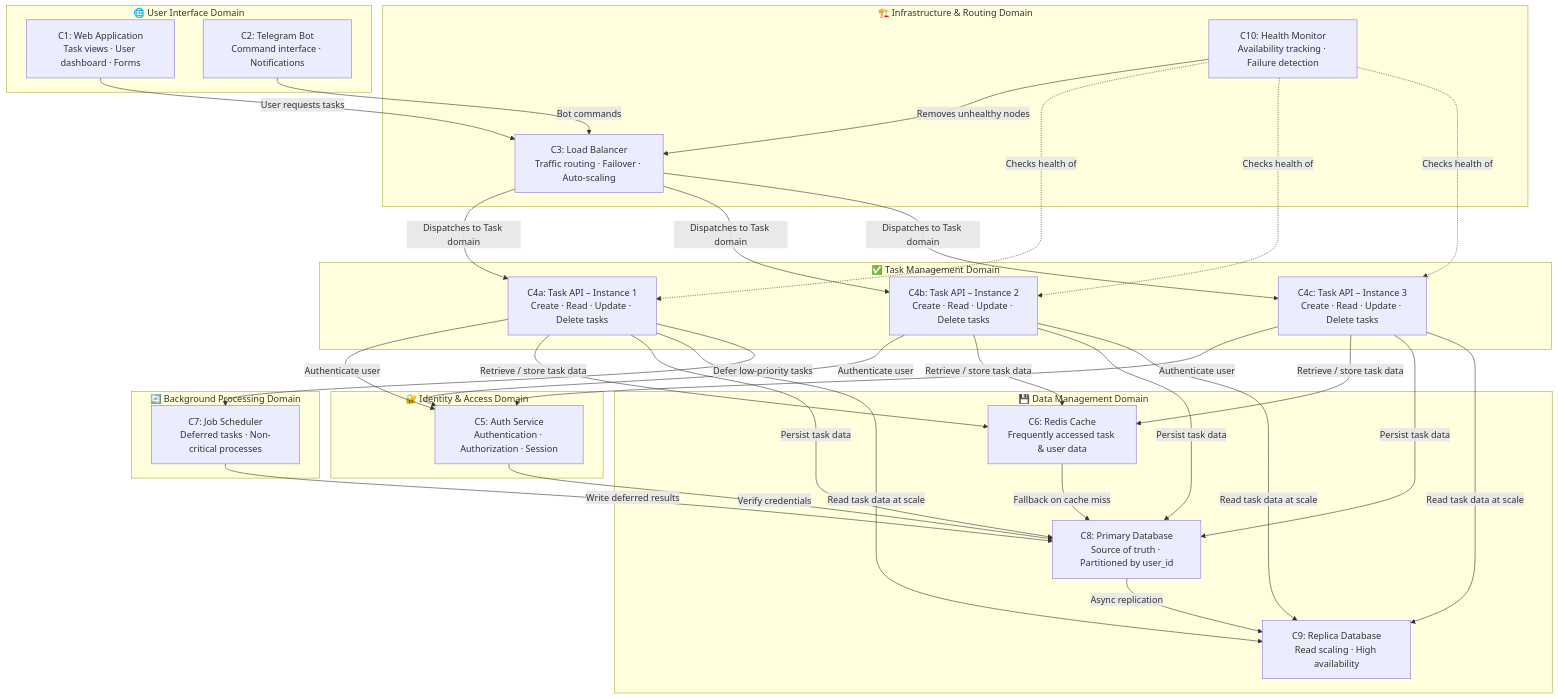
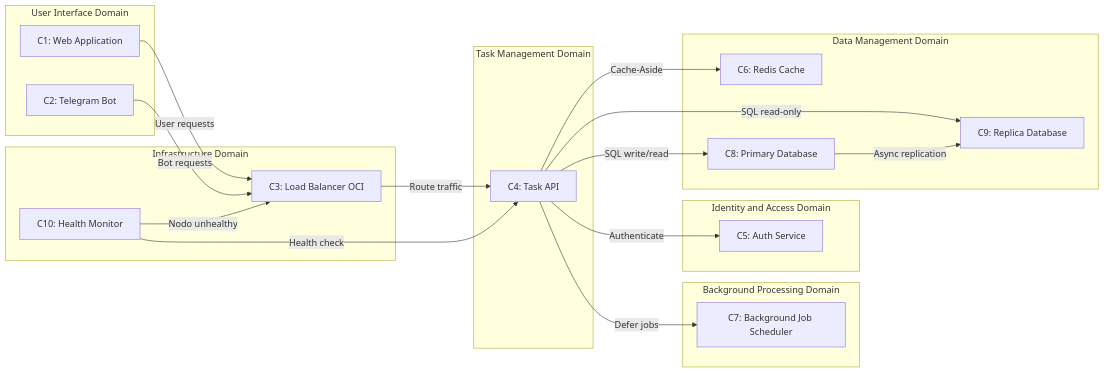
One commit to A01741619/skills-introduction-to-github changed the third of 3 diagrams in README.md. Above: the diagram before and after it, drawn with Mermaid. The commit also changed other lines of this file, not shown here.

````diff
--- a/README.md
+++ b/README.md
@@ -189,65 +163,42 @@
 ```mermaid
-graph TB
-    subgraph UI_DOMAIN ["🌐 User Interface Domain"]
-        C1[C1: Web Application\nTask views · User dashboard · Forms]
-        C2[C2: Telegram Bot\nCommand interface · Notifications]
+graph LR
+    subgraph UI["User Interface Domain"]
+        C1[C1: Web Application]
+        C2[C2: Telegram Bot]
     end
 
-    subgraph INFRA_DOMAIN ["🏗️ Infrastructure & Routing Domain"]
-        C3[C3: Load Balancer\nTraffic routing · Failover · Auto-scaling]
-        C10[C10: Health Monitor\nAvailability tracking · Failure detection]
+    subgraph INFRA["Infrastructure Domain"]
+        C3[C3: Load Balancer OCI]
+        C10[C10: Health Monitor]
     end
 
-    subgraph TASK_DOMAIN ["✅ Task Management Domain"]
-        C4A[C4a: Task API – Instance 1\nCreate · Read · Update · Delete tasks]
-        C4B[C4b: Task API – Instance 2\nCreate · Read · Update · Delete tasks]
-        C4C[C4c: Task API – Instance 3\nCreate · Read · Update · Delete tasks]
+    subgraph TASK["Task Management Domain"]
+        C4[C4: Task API]
     end
 
-    subgraph AUTH_DOMAIN ["🔐 Identity & Access Domain"]
-        C5[C5: Auth Service\nAuthentication · Authorization · Session]
+    subgraph BG["Background Processing Domain"]
+        C7[C7: Background Job Scheduler]
     end
 
-    subgraph DATA_DOMAIN ["💾 Data Management Domain"]
-        C6[C6: Redis Cache\nFrequently accessed task & user data]
-        C8[C8: Primary Database\nSource of truth · Partitioned by user_id]
-        C9[C9: Replica Database\nRead scaling · High availability]
+    subgraph IAM["Identity and Access Domain"]
+        C5[C5: Auth Service]
     end
 
-    subgraph BG_DOMAIN ["🔄 Background Processing Domain"]
-        C7[C7: Job Scheduler\nDeferred tasks · Non-critical processes]
+    subgraph DATA["Data Management Domain"]
+        C6[C6: Redis Cache]
+        C8[C8: Primary Database]
+        C9[C9: Replica Database]
     end
 
-    %% Cross-domain interactions
-    C1 -->|User requests tasks| C3
-    C2 -->|Bot commands| C3
-
-    C3 -->|Dispatches to Task domain| C4A
-    C3 -->|Dispatches to Task domain| C4B
-    C3 -->|Dispatches to Task domain| C4C
-    C10 -->|Removes unhealthy nodes| C3
-    C10 -.->|Checks health of| C4A
-    C10 -.->|Checks health of| C4B
-    C10 -.->|Checks health of| C4C
-
-    C4A -->|Authenticate user| C5
-    C4B -->|Authenticate user| C5
-    C4C -->|Authenticate user| C5
-
-    C4A -->|Retrieve / store task data| C6
-    C4B -->|Retrieve / store task data| C6
-    C4C -->|Retrieve / store task data| C6
-    C4A -->|Persist task data| C8
-    C4B -->|Persist task data| C8
-    C4C -->|Persist task data| C8
-    C4A -->|Read task data at scale| C9
-    C4B -->|Read task data at scale| C9
-    C4C -->|Read task data at scale| C9
-
-    C4A -->|Defer low-priority tasks| C7
-    C7 -->|Write deferred results| C8
-
-    C5 -->|Verify credentials| C8
-    C6 -->|Fallback on cache miss| C8
+    C1 -->|User requests| C3
+    C2 -->|Bot requests| C3
+    C3 -->|Route traffic| C4
+    C10 -->|Nodo unhealthy| C3
+    C10 -->|Health check| C4
+    C4 -->|Authenticate| C5
+    C4 -->|Defer jobs| C7
+    C4 -->|Cache-Aside| C6
+    C4 -->|SQL write/read| C8
+    C4 -->|SQL read-only| C9
     C8 -->|Async replication| C9
 ```
````
